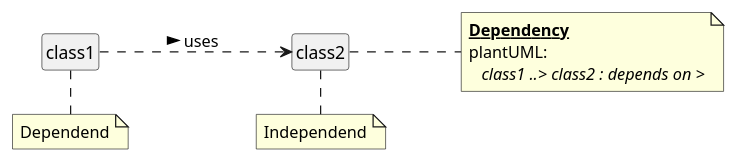
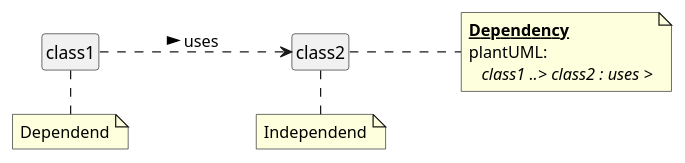
One commit to chraxo/UmlMarkdownCheatSheet changed diagram 16 of 33 in uml_markdown_summary.md. Above: the diagram before and after it, drawn with PlantUML. The commit also changed other lines of this file, not shown here.

```diff
--- a/uml_markdown_summary.md
+++ b/uml_markdown_summary.md
@@ -310,25 +434,25 @@
 @startuml
     skinparam classFontName Consolas
     skinparam classAttributeFontName Consolas
     skinparam noteFontName Consolas
 
     hide empty members
     left to right direction
     skinparam style strictuml
 
     class1 ..> class2 : uses >
     
     note bottom of class1
         Dependend
     end note
 
     note bottom of class2
         Independend
     end note
 
     note right of class2
         **__Dependency__**
         plantUML:
-           //class1 ..> class2 : depends on >//
+           //class1 ..> class2 : uses >//
     end note
 @enduml
```
